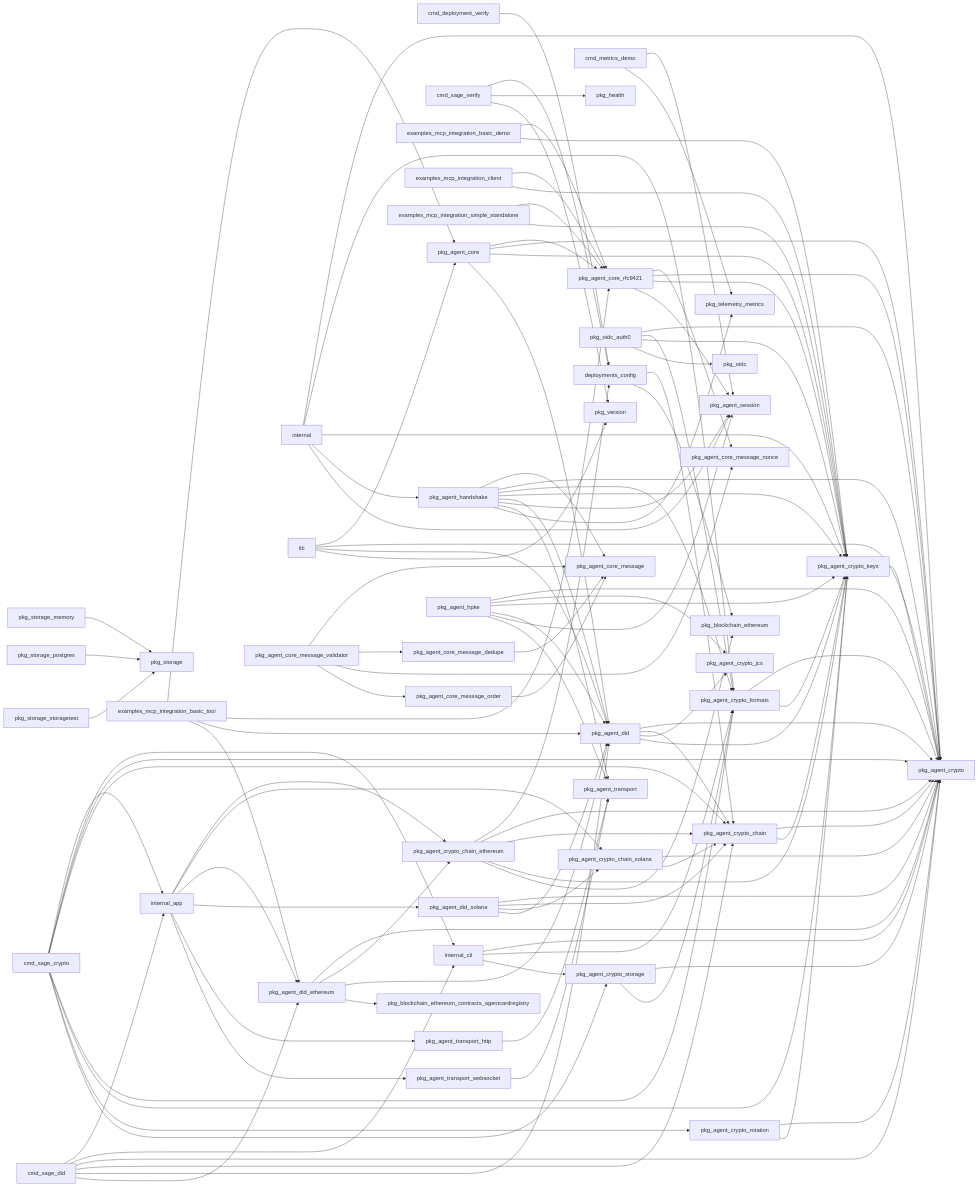
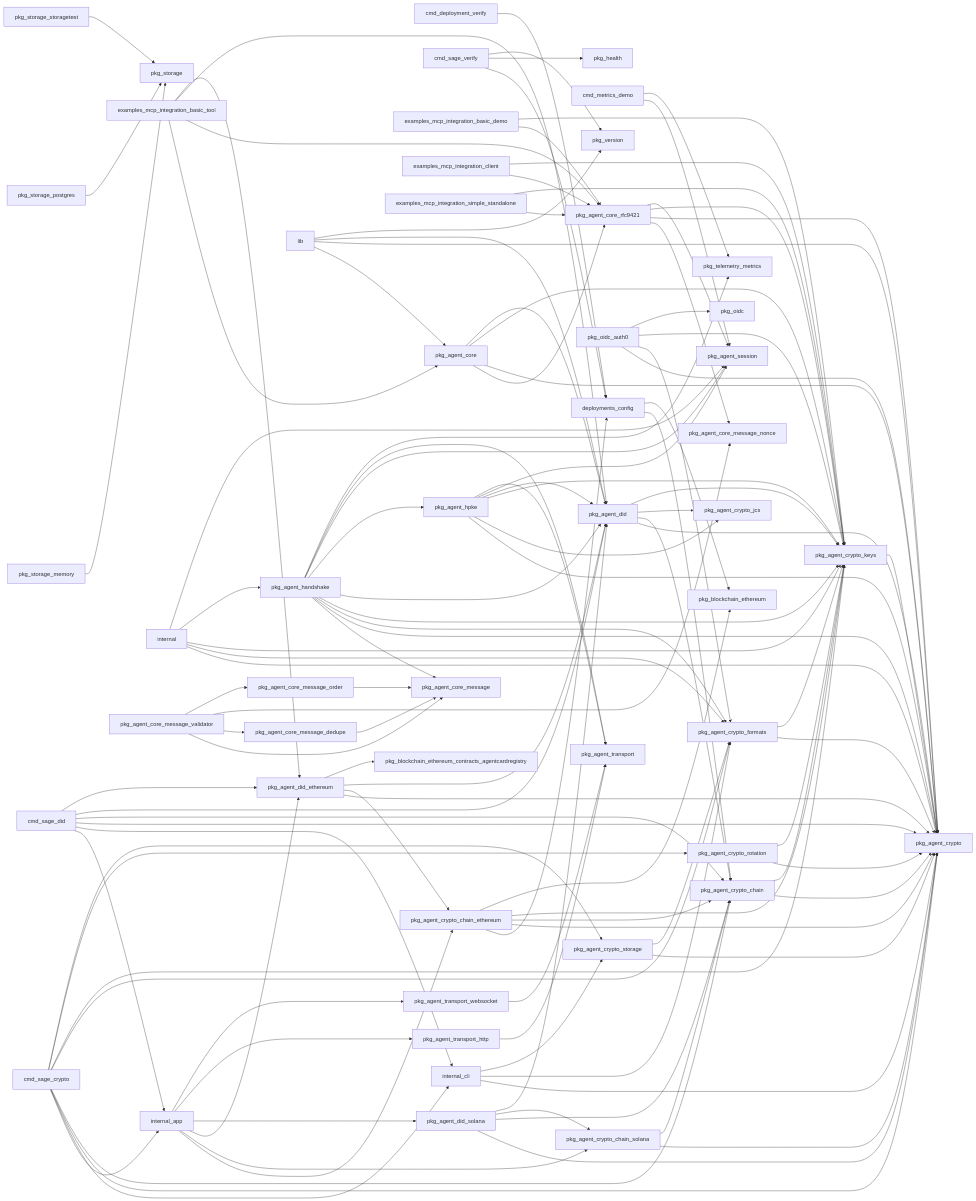
Before and after one commit to SAGE-X-project/sage: the diagram in docs/refactoring/graph/summary.md, drawn with Mermaid. The commit also changed other lines of this file and 16 other files, not shown here.

```diff
--- a/docs/refactoring/graph/summary.md
+++ b/docs/refactoring/graph/summary.md
@@ -182,6 +182,7 @@
   pkg_agent_handshake --> pkg_agent_crypto_formats
   pkg_agent_handshake --> pkg_agent_crypto_keys
   pkg_agent_handshake --> pkg_agent_did
+  pkg_agent_handshake --> pkg_agent_hpke
   pkg_agent_handshake --> pkg_agent_session
   pkg_agent_handshake --> pkg_agent_transport
   pkg_agent_handshake --> pkg_telemetry_metrics
```
